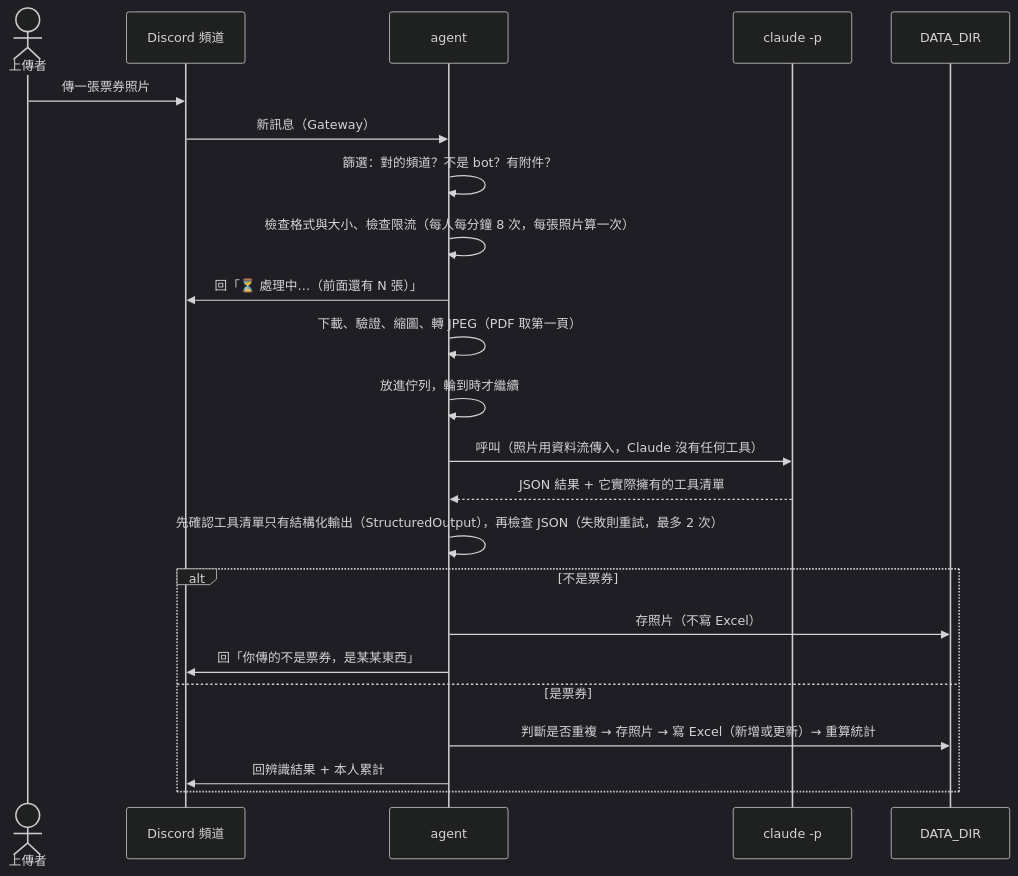
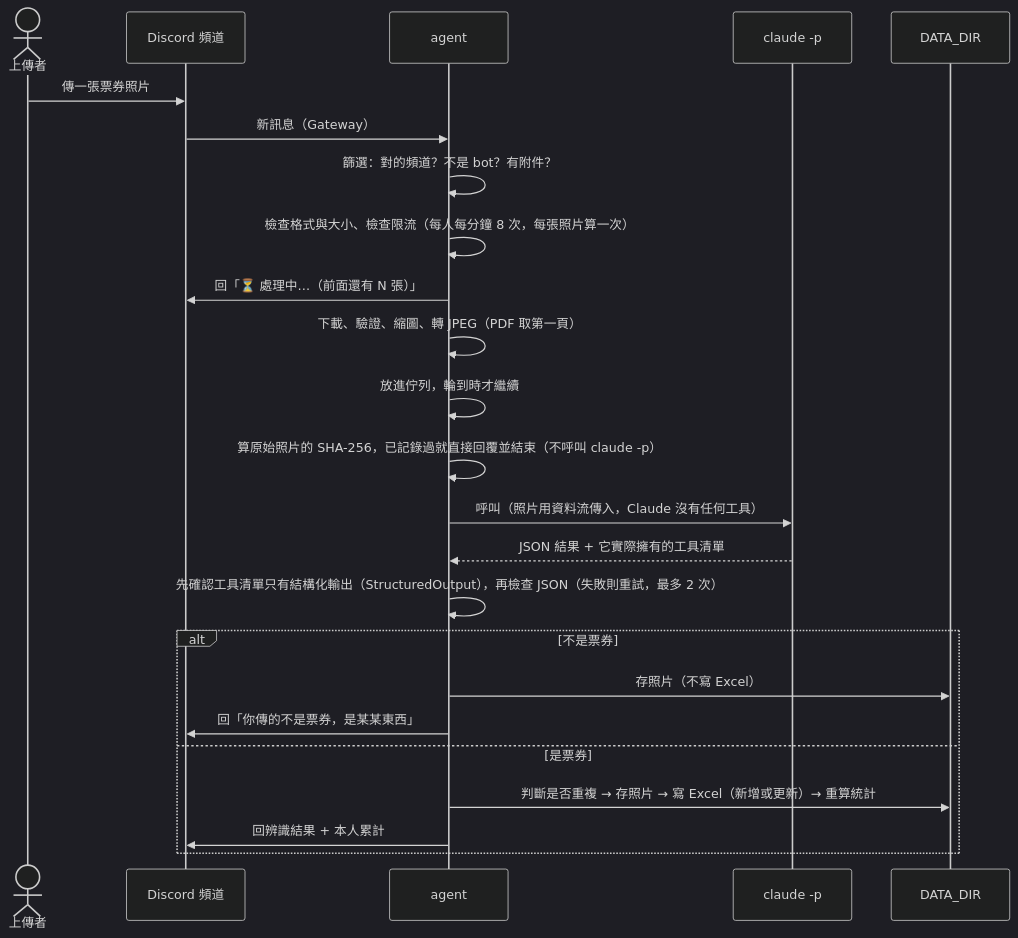
The second of 2 diagrams in docs/architecture.md (Hannah-061/Homework3), drawn with Mermaid (dark theme) before and after one commit. The commit also changed other lines of this file and 12 other files, not shown here.

````diff
--- a/docs/architecture.md
+++ b/docs/architecture.md
@@ -151,26 +151,27 @@
 ```mermaid
 sequenceDiagram
     actor U as 上傳者
     participant D as Discord 頻道
     participant A as agent
     participant C as claude -p
     participant S as DATA_DIR
 
     U->>D: 傳一張票券照片
     D->>A: 新訊息（Gateway）
     A->>A: 篩選：對的頻道？不是 bot？有附件？
     A->>A: 檢查格式與大小、檢查限流（每人每分鐘 8 次，每張照片算一次）
     A->>D: 回「⏳ 處理中…（前面還有 N 張）」
     A->>A: 下載、驗證、縮圖、轉 JPEG（PDF 取第一頁）
     A->>A: 放進佇列，輪到時才繼續
+    A->>A: 算原始照片的 SHA-256，已記錄過就直接回覆並結束（不呼叫 claude -p）
     A->>C: 呼叫（照片用資料流傳入，Claude 沒有任何工具）
     C-->>A: JSON 結果 + 它實際擁有的工具清單
     A->>A: 先確認工具清單只有結構化輸出（StructuredOutput），再檢查 JSON（失敗則重試，最多 2 次）
     alt 不是票券
         A->>S: 存照片（不寫 Excel）
         A->>D: 回「你傳的不是票券，是某某東西」
     else 是票券
         A->>S: 判斷是否重複 → 存照片 → 寫 Excel（新增或更新）→ 重算統計
         A->>D: 回辨識結果 + 本人累計
     end
 ```
````
